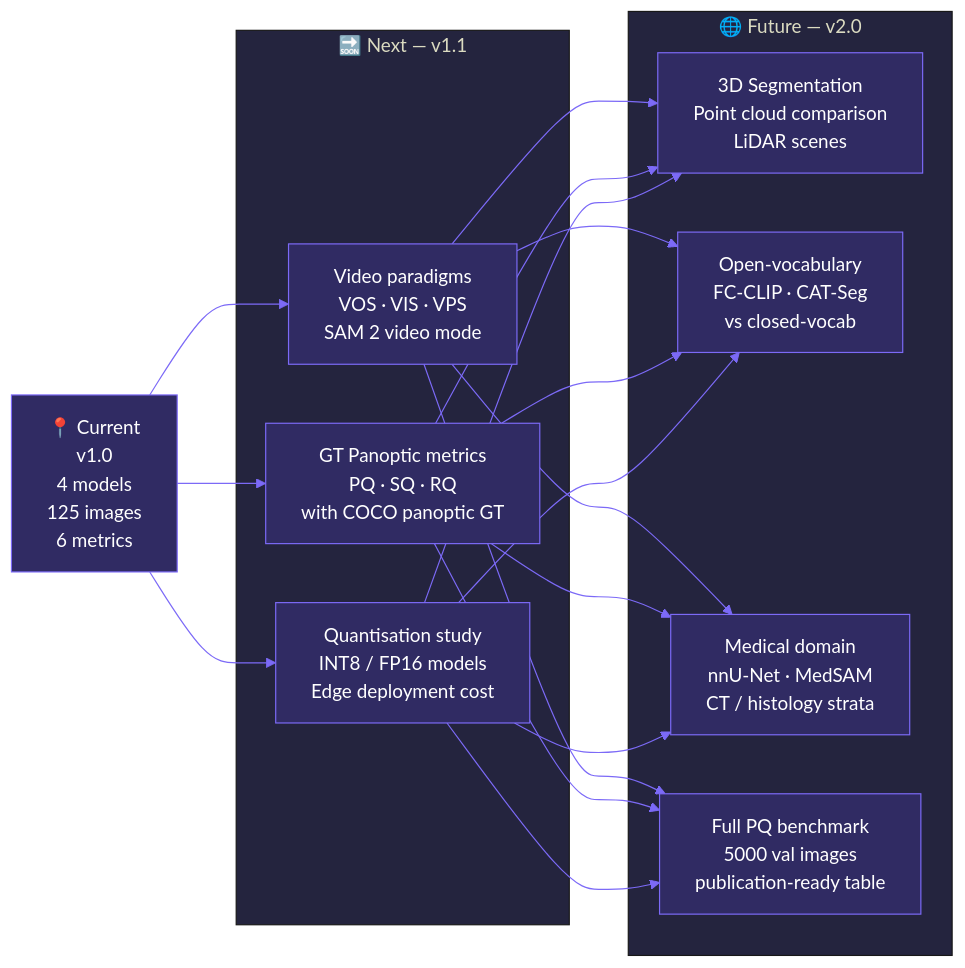
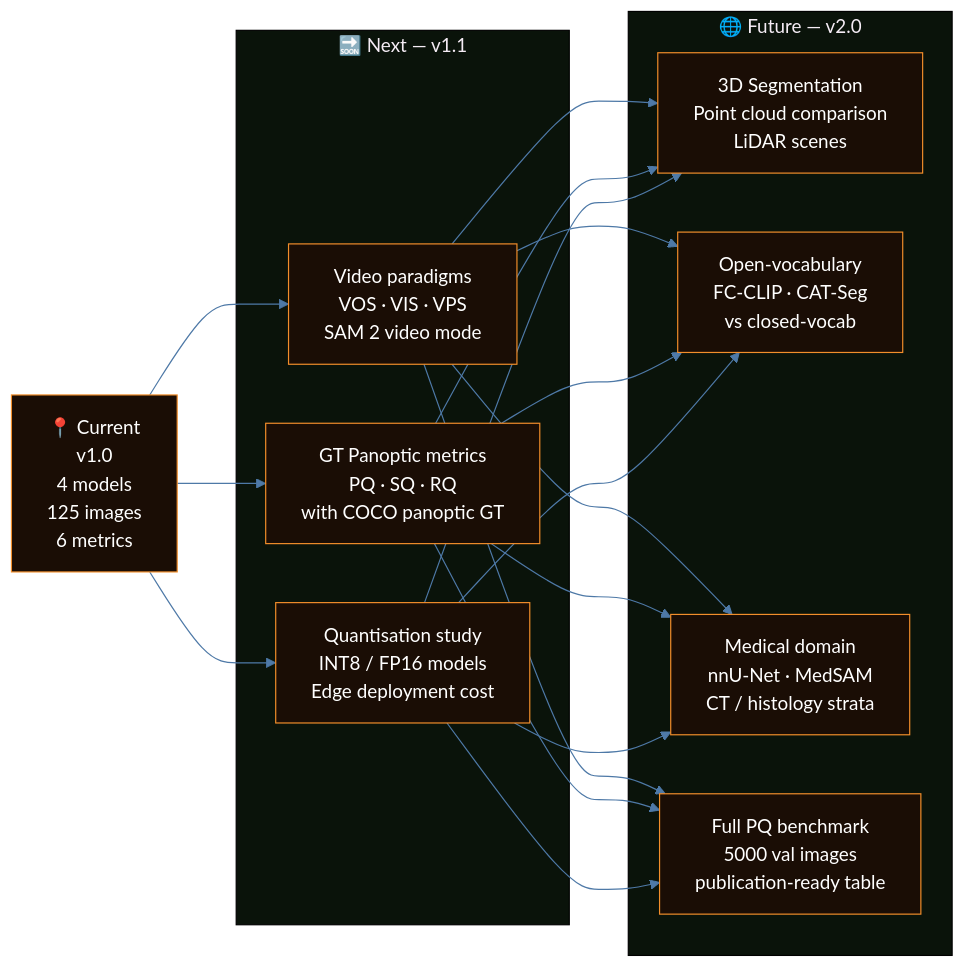
One commit to DARusrus/Segmentation-Techniques-Comparison changed the third of 3 diagrams in README.md. Above: the diagram before and after it, drawn with Mermaid. The commit also changed other lines of this file, not shown here.

````diff
--- a/README.md
+++ b/README.md
@@ -476,29 +480,29 @@
 ```mermaid
 %%{init: {'theme': 'base', 'themeVariables': {
-  'primaryColor': '#302b63',
+  'primaryColor': '#1a0d05',
   'primaryTextColor': '#ffffff',
-  'primaryBorderColor': '#7C6AF7',
-  'lineColor': '#7C6AF7',
-  'secondaryColor': '#0f0c29',
-  'tertiaryColor': '#24243e'
+  'primaryBorderColor': '#F28E2B',
+  'lineColor': '#4E79A7',
+  'secondaryColor': '#0d1f2d',
+  'tertiaryColor': '#0a130a'
 }}}%%
 
 flowchart LR
     NOW["📍 Current\nv1.0\n4 models\n125 images\n6 metrics"]
 
     subgraph NEXT["🔜 Next — v1.1"]
         N1["Video paradigms\nVOS · VIS · VPS\nSAM 2 video mode"]
         N2["GT Panoptic metrics\nPQ · SQ · RQ\nwith COCO panoptic GT"]
         N3["Quantisation study\nINT8 / FP16 models\nEdge deployment cost"]
     end
 
     subgraph FUTURE["🌐 Future — v2.0"]
         F1["3D Segmentation\nPoint cloud comparison\nLiDAR scenes"]
         F2["Open-vocabulary\nFC-CLIP · CAT-Seg\nvs closed-vocab"]
         F3["Medical domain\nnnU-Net · MedSAM\nCT / histology strata"]
         F4["Full PQ benchmark\n5000 val images\npublication-ready table"]
     end
 
     NOW --> N1 & N2 & N3
     N1 & N2 & N3 --> F1 & F2 & F3 & F4
 ```
````
